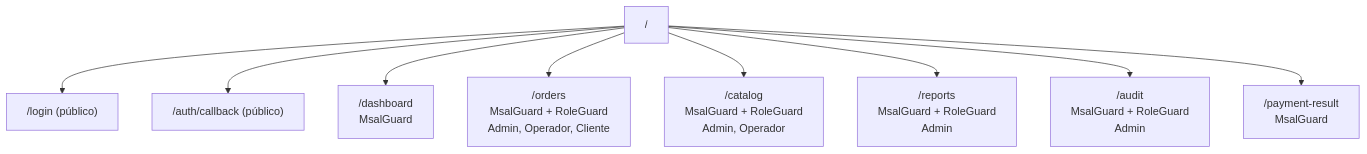
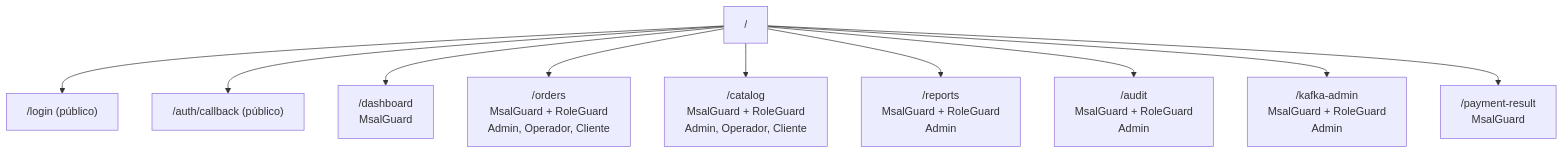
The second of 3 diagrams in README.md (meninaaa/pedidos360-frontend), drawn with Mermaid before and after one commit. The commit also changed other lines of this file, not shown here.

````diff
--- a/README.md
+++ b/README.md
@@ -50,11 +50,12 @@
 ```mermaid
 graph TD
     ROOT["/"] --> LOGIN["/login (público)"]
     ROOT --> CALLBACK["/auth/callback (público)"]
     ROOT --> DASH["/dashboard<br/>MsalGuard"]
     ROOT --> ORDERS["/orders<br/>MsalGuard + RoleGuard<br/>Admin, Operador, Cliente"]
-    ROOT --> CATALOG["/catalog<br/>MsalGuard + RoleGuard<br/>Admin, Operador"]
+    ROOT --> CATALOG["/catalog<br/>MsalGuard + RoleGuard<br/>Admin, Operador, Cliente"]
     ROOT --> REPORTS["/reports<br/>MsalGuard + RoleGuard<br/>Admin"]
     ROOT --> AUDIT["/audit<br/>MsalGuard + RoleGuard<br/>Admin"]
+    ROOT --> KAFKA["/kafka-admin<br/>MsalGuard + RoleGuard<br/>Admin"]
     ROOT --> PAYRESULT["/payment-result<br/>MsalGuard"]
 ```
````
